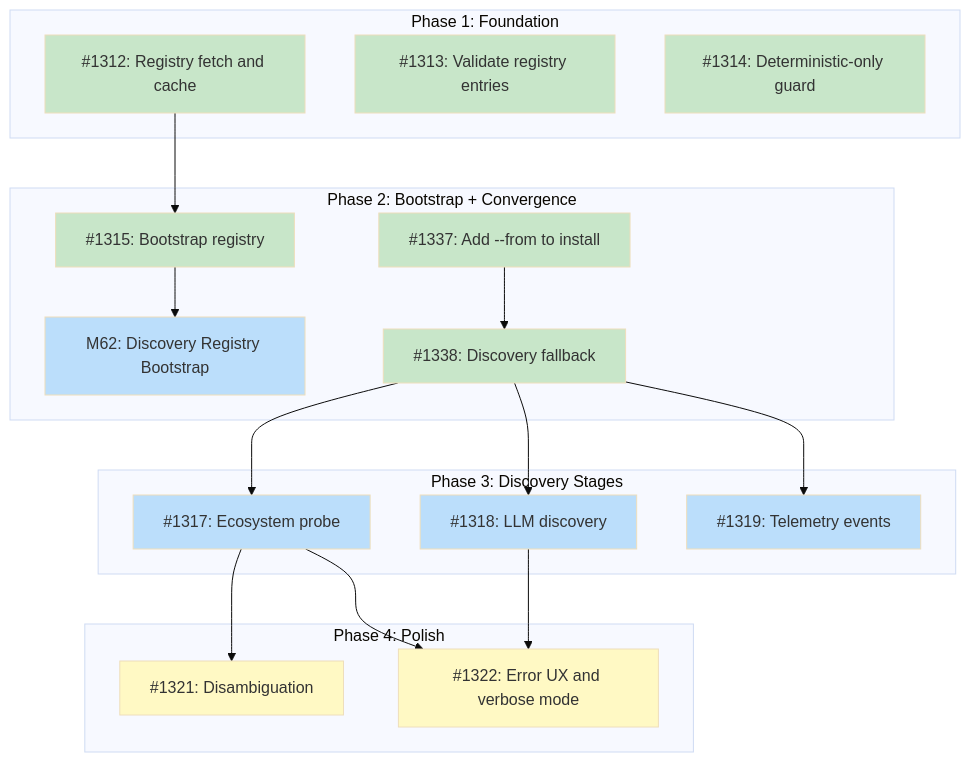
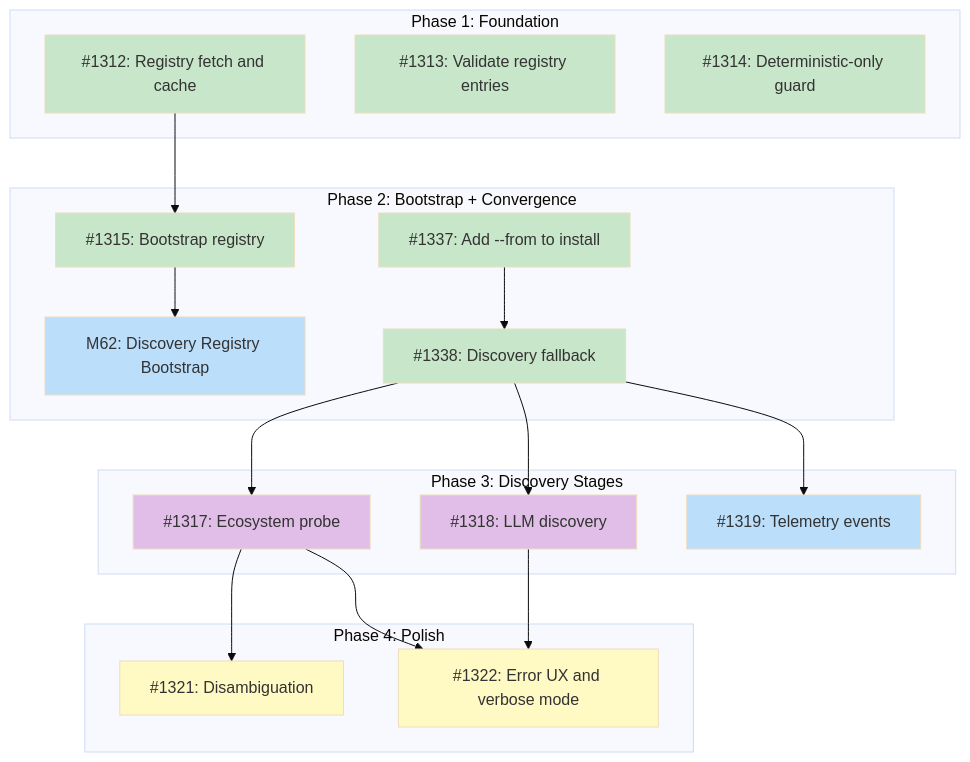
The diagram in docs/designs/DESIGN-discovery-resolver.md (tsukumogami/tsuku), drawn with Mermaid (base theme) before and after one commit.

Commit message:
fix: correct diagram classes for needs-design issues

````diff
--- a/docs/designs/DESIGN-discovery-resolver.md
+++ b/docs/designs/DESIGN-discovery-resolver.md
@@ -62,48 +62,49 @@
 ```mermaid
 graph TD
     subgraph Phase1["Phase 1: Foundation"]
         I1312["#1312: Registry fetch and cache"]
         I1313["#1313: Validate registry entries"]
         I1314["#1314: Deterministic-only guard"]
     end
 
     subgraph Phase2["Phase 2: Bootstrap + Convergence"]
         M62["M62: Discovery Registry Bootstrap"]
         I1315["#1315: Bootstrap registry"]
         I1337["#1337: Add --from to install"]
         I1338["#1338: Discovery fallback"]
     end
 
     subgraph Phase3["Phase 3: Discovery Stages"]
         I1317["#1317: Ecosystem probe"]
         I1318["#1318: LLM discovery"]
         I1319["#1319: Telemetry events"]
     end
 
     subgraph Phase4["Phase 4: Polish"]
         I1321["#1321: Disambiguation"]
         I1322["#1322: Error UX and verbose mode"]
     end
 
     I1312 --> I1315
     I1315 --> M62
     I1337 --> I1338
     I1338 --> I1317
     I1338 --> I1318
     I1338 --> I1319
     I1317 --> I1321
     I1317 --> I1322
     I1318 --> I1322
 
     classDef done fill:#c8e6c9
     classDef ready fill:#bbdefb
     classDef blocked fill:#fff9c4
     classDef needsDesign fill:#e1bee7
 
     class I1312,I1313,I1314 done
     class I1337,I1338 done
-    class I1319,I1317,I1318 ready
+    class I1319 ready
+    class I1317,I1318 needsDesign
     class M62 ready
     class I1315 done
     class I1321,I1322 blocked
 ```
````
